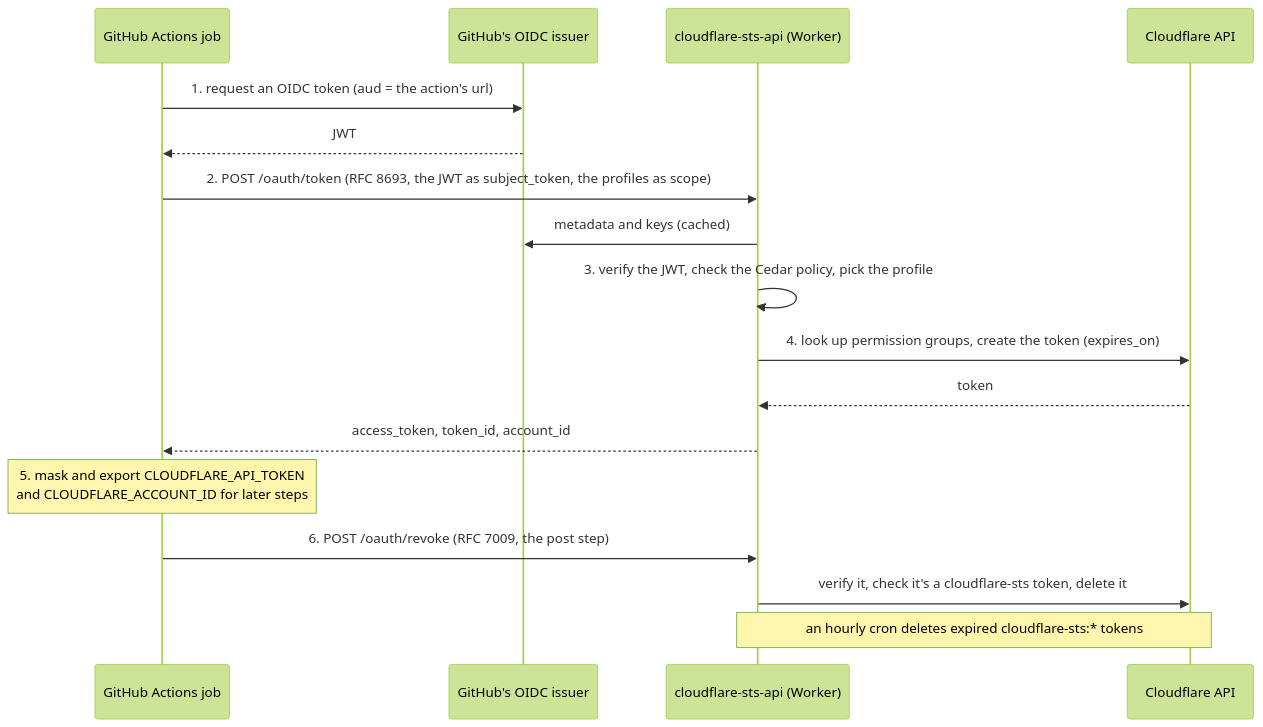
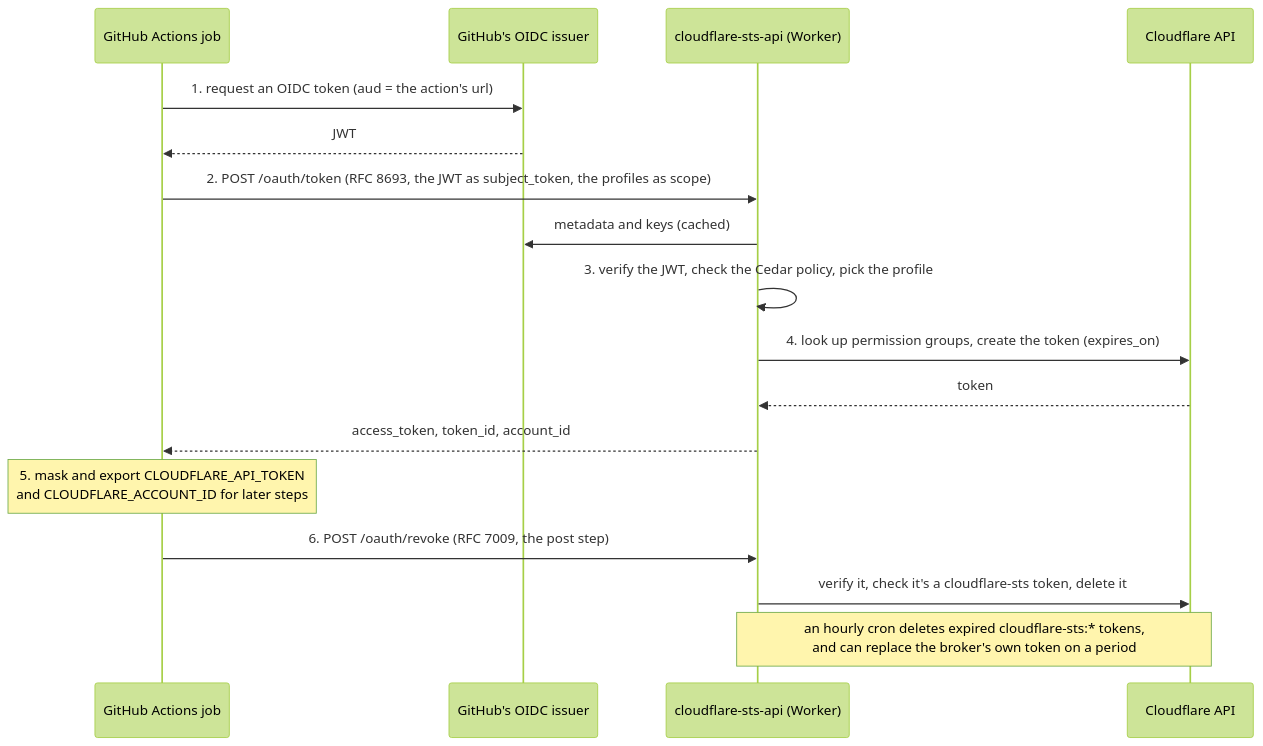
Before and after one commit to cf-contrib/cloudflare-sts: the diagram in README.md, drawn with Mermaid (forest theme). The commit also changed other lines of this file and 15 other files, not shown here.

````diff
--- a/README.md
+++ b/README.md
@@ -48,20 +48,20 @@
 ```mermaid
 sequenceDiagram
     participant Job as GitHub Actions job
     participant OIDC as GitHub's OIDC issuer
     participant Broker as cloudflare-sts-api (Worker)
     participant CF as Cloudflare API
 
     Job->>OIDC: 1. request an OIDC token (aud = the action's url)
     OIDC-->>Job: JWT
     Job->>Broker: 2. POST /oauth/token (RFC 8693, the JWT as subject_token, the profiles as scope)
     Broker->>OIDC: metadata and keys (cached)
     Broker->>Broker: 3. verify the JWT, check the Cedar policy, pick the profile
     Broker->>CF: 4. look up permission groups, create the token (expires_on)
     CF-->>Broker: token
     Broker-->>Job: access_token, token_id, account_id
     Note over Job: 5. mask and export CLOUDFLARE_API_TOKEN<br/>and CLOUDFLARE_ACCOUNT_ID for later steps
     Job->>Broker: 6. POST /oauth/revoke (RFC 7009, the post step)
     Broker->>CF: verify it, check it's a cloudflare-sts token, delete it
-    Note over Broker,CF: an hourly cron deletes expired cloudflare-sts:* tokens
+    Note over Broker,CF: an hourly cron deletes expired cloudflare-sts:* tokens,<br/>and can replace the broker's own token on a period
 ```
````
